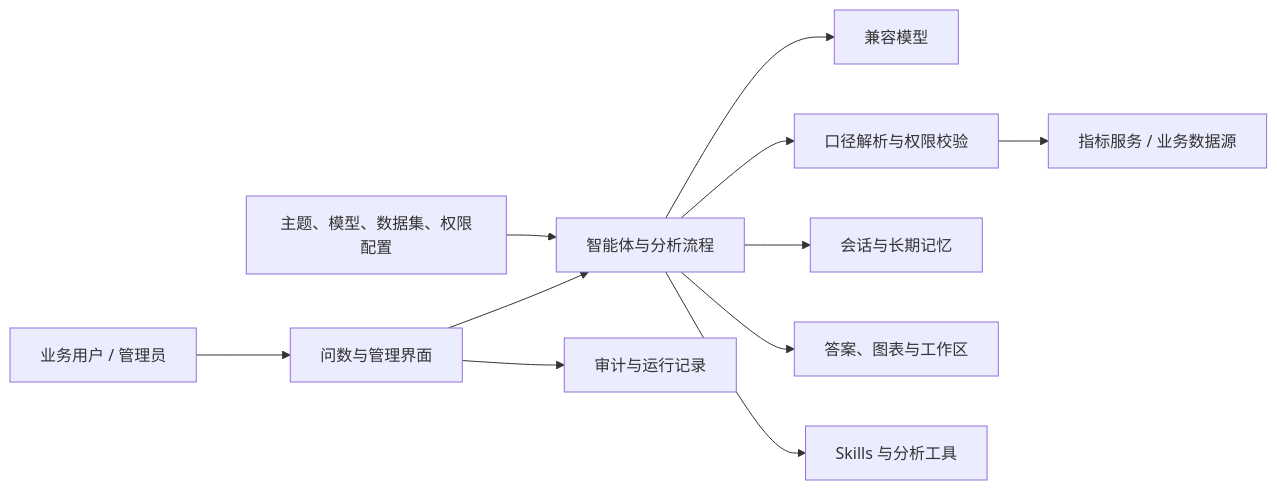
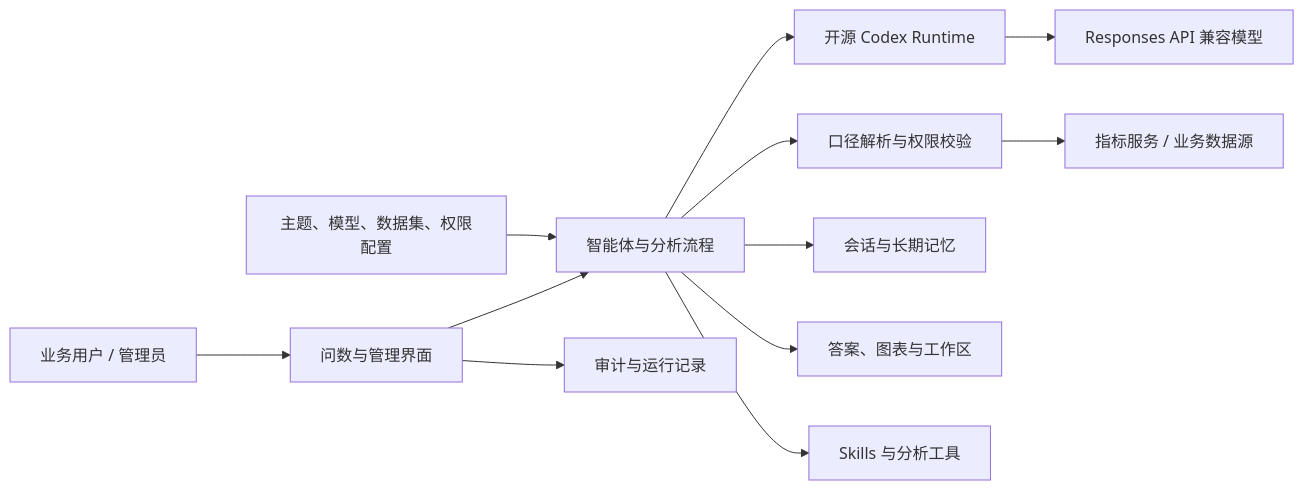
One commit to xiaour/yolo-data changed the diagram in README.md. Above: the diagram before and after it, drawn with Mermaid. The commit also changed other lines of this file and 87 other files, not shown here.

Commit message:
integrate codex runtime.

````diff
--- a/README.md
+++ b/README.md
@@ -76,13 +78,14 @@
 ```mermaid
 flowchart LR
   USER["业务用户 / 管理员"] --> UI["问数与管理界面"]
   UI --> AGENT["智能体与分析流程"]
   ADMIN["主题、模型、数据集、权限配置"] --> AGENT
-  AGENT --> LLM["兼容模型"]
+  AGENT --> CODEX["开源 Codex Runtime"]
+  CODEX --> LLM["Responses API 兼容模型"]
   AGENT --> GATE["口径解析与权限校验"]
   GATE --> DATA["指标服务 / 业务数据源"]
   AGENT --> MEMORY["会话与长期记忆"]
   AGENT --> OUTPUT["答案、图表与工作区"]
   AGENT --> SKILL["Skills 与分析工具"]
   UI --> OPS["审计与运行记录"]
 ```
````
